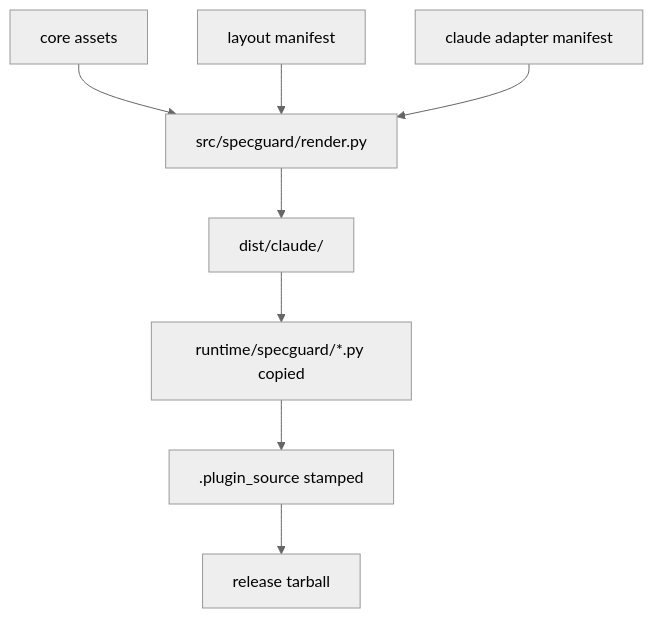
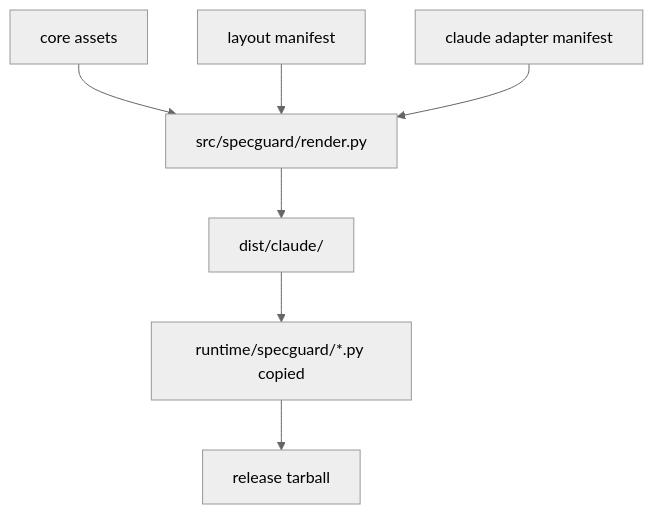
One commit to saberhaha/specguard changed the first of 3 diagrams in docs/specguard/design.md. Above: the diagram before and after it, drawn with Mermaid (neutral theme). The commit also changed other lines of this file and 2 other files, not shown here.

First line of the commit message:
docs!: sync design.md/README/CHANGELOG for v0.3.0 BREAKING release

````diff
--- a/docs/specguard/design.md
+++ b/docs/specguard/design.md
@@ -26,10 +26,9 @@
 ```mermaid
 flowchart TD
   A[core assets] --> R[src/specguard/render.py]
   L[layout manifest] --> R
   C[claude adapter manifest] --> R
   R --> D[dist/claude/<layout>]
   D --> M[runtime/specguard/*.py copied]
-  M --> S[.plugin_source stamped]
-  S --> T[release tarball]
+  M --> T[release tarball]
 ```
````
